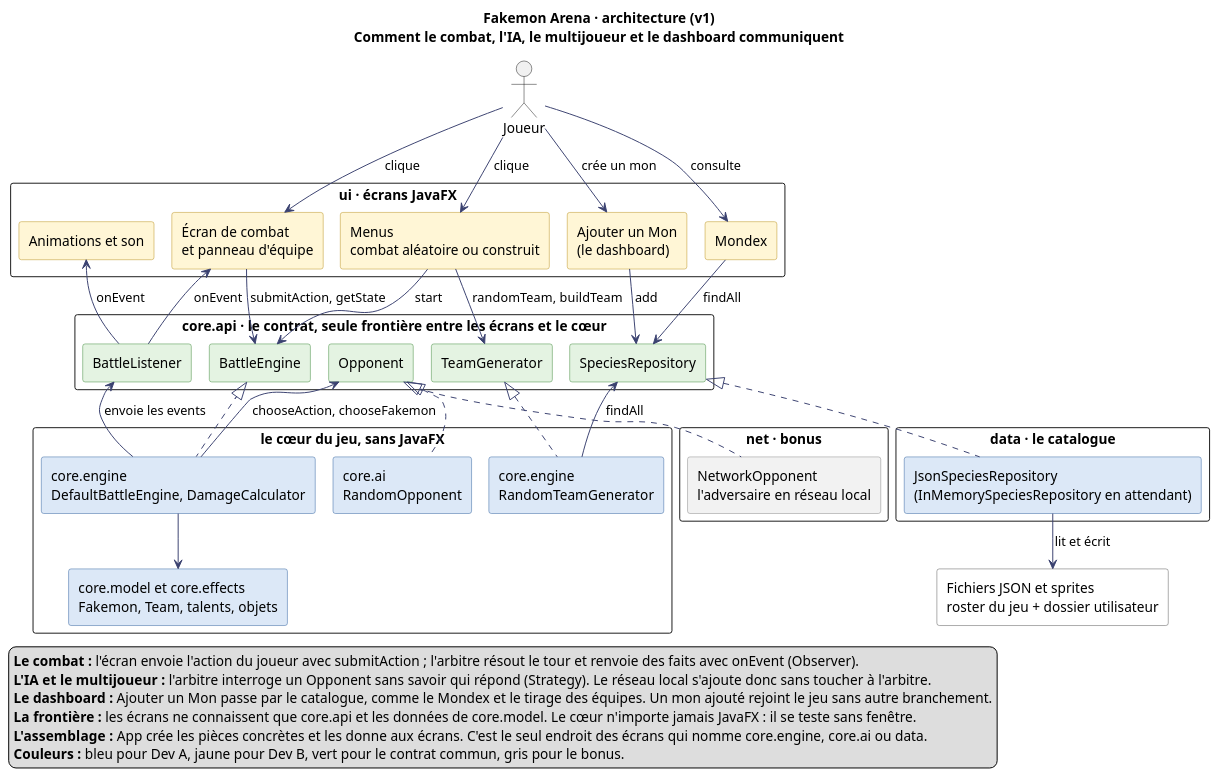
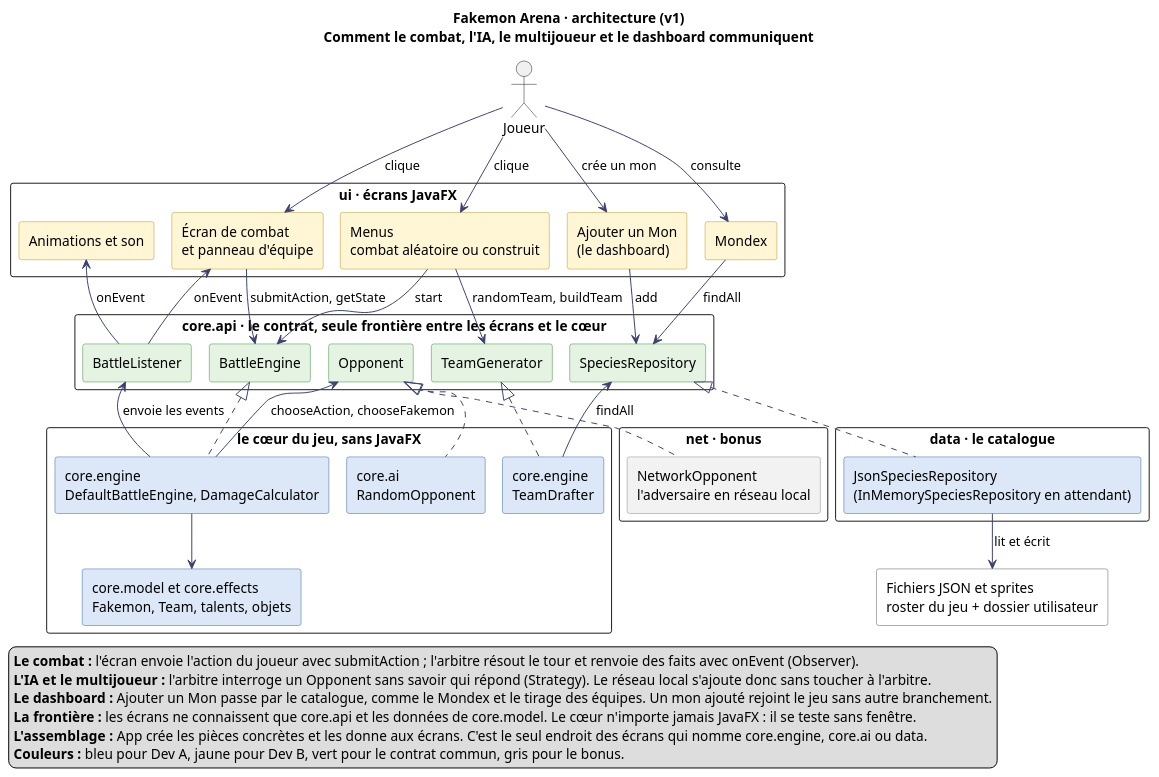
The diagram in docs/uml/architecture.puml (OnerAliCan/fakemon-arena), drawn with PlantUML before and after one commit. The commit also changed 5 other files, not shown here.

Commit message:
feat: ajoute le tireur d'équipes TeamDrafter et ses tests (#10)

```diff
--- a/docs/uml/architecture.puml
+++ b/docs/uml/architecture.puml
@@ -1,92 +1,92 @@
 @startuml architecture
 !pragma layout smetana
 skinparam dpi 110
 skinparam shadowing false
 skinparam defaultFontName "Segoe UI"
 skinparam packageStyle rectangle
 skinparam ArrowColor #3A4170
 skinparam componentStyle rectangle
 skinparam rectangle {
   BackgroundColor<<devA>> #DCE8F7
   BorderColor<<devA>> #2F5F9E
   BackgroundColor<<devB>> #FFF6D6
   BorderColor<<devB>> #B8901A
   BackgroundColor<<contrat>> #E4F3E2
   BorderColor<<contrat>> #3E8A3A
   BackgroundColor<<bonus>> #F2F2F2
   BorderColor<<bonus>> #888888
   BackgroundColor<<fichiers>> #FFFFFF
   BorderColor<<fichiers>> #555555
 }
 hide stereotype
 title Fakemon Arena · architecture (v1)\nComment le combat, l'IA, le multijoueur et le dashboard communiquent
 
 actor "Joueur" as Joueur
 
 package "ui · écrans JavaFX" {
   rectangle "Menus\ncombat aléatoire ou construit" as Menus <<devB>>
   rectangle "Écran de combat\net panneau d'équipe" as Combat <<devB>>
   rectangle "Animations et son" as Son <<devB>>
   rectangle "Mondex" as Mondex <<devB>>
   rectangle "Ajouter un Mon\n(le dashboard)" as Dashboard <<devB>>
 }
 
 package "core.api · le contrat, seule frontière entre les écrans et le cœur" {
   rectangle "TeamGenerator" as ITeam <<contrat>>
   rectangle "BattleEngine" as IEngine <<contrat>>
   rectangle "BattleListener" as IListener <<contrat>>
   rectangle "Opponent" as IOpponent <<contrat>>
   rectangle "SpeciesRepository" as IRepo <<contrat>>
 }
 
 package "le cœur du jeu, sans JavaFX" {
-  rectangle "core.engine\nRandomTeamGenerator" as Generator <<devA>>
+  rectangle "core.engine\nTeamDrafter" as Generator <<devA>>
   rectangle "core.engine\nDefaultBattleEngine, DamageCalculator" as Engine <<devA>>
   rectangle "core.model et core.effects\nFakemon, Team, talents, objets" as Model <<devA>>
   rectangle "core.ai\nRandomOpponent" as AI <<devA>>
 }
 
 package "net · bonus" {
   rectangle "NetworkOpponent\nl'adversaire en réseau local" as Net <<bonus>>
 }
 
 package "data · le catalogue" {
   rectangle "JsonSpeciesRepository\n(InMemorySpeciesRepository en attendant)" as Repo <<devA>>
 }
 
 rectangle "Fichiers JSON et sprites\nroster du jeu + dossier utilisateur" as Files <<fichiers>>
 
 Joueur --> Menus : clique
 Joueur --> Combat : clique
 Joueur --> Mondex : consulte
 Joueur --> Dashboard : crée un mon
 
 Menus --> ITeam : randomTeam, buildTeam
 Menus --> IEngine : start
 Combat --> IEngine : submitAction, getState
 IListener --> Combat : onEvent
 IListener --> Son : onEvent
 Mondex --> IRepo : findAll
 Dashboard --> IRepo : add
 
 Generator .up.|> ITeam
 Engine .up.|> IEngine
 Engine --> IListener : envoie les events
 Engine --> IOpponent : chooseAction, chooseFakemon
 Generator --> IRepo : findAll
 Engine --> Model
 
 AI .up.|> IOpponent
 Net .up.|> IOpponent
 Repo .up.|> IRepo
 Repo --> Files : lit et écrit
 
 legend bottom left
   <b>Le combat :</b> l'écran envoie l'action du joueur avec submitAction ; l'arbitre résout le tour et renvoie des faits avec onEvent (Observer).
   <b>L'IA et le multijoueur :</b> l'arbitre interroge un Opponent sans savoir qui répond (Strategy). Le réseau local s'ajoute donc sans toucher à l'arbitre.
   <b>Le dashboard :</b> Ajouter un Mon passe par le catalogue, comme le Mondex et le tirage des équipes. Un mon ajouté rejoint le jeu sans autre branchement.
   <b>La frontière :</b> les écrans ne connaissent que core.api et les données de core.model. Le cœur n'importe jamais JavaFX : il se teste sans fenêtre.
   <b>L'assemblage :</b> App crée les pièces concrètes et les donne aux écrans. C'est le seul endroit des écrans qui nomme core.engine, core.ai ou data.
   <b>Couleurs :</b> bleu pour Dev A, jaune pour Dev B, vert pour le contrat commun, gris pour le bonus.
 endlegend
 @enduml
```
